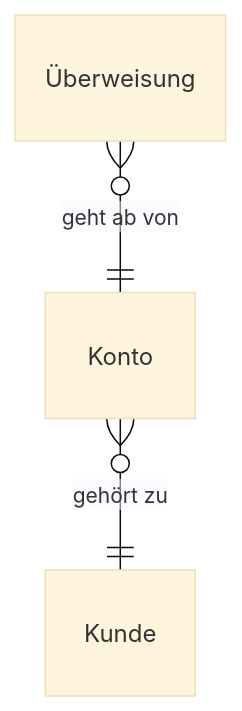
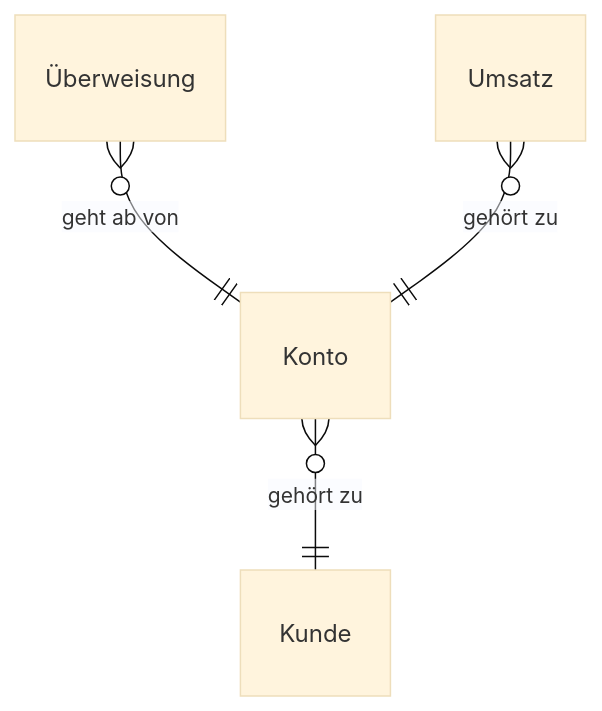
Before and after one commit to dakn85/online-banking: the diagram in docs/entity_model.md, drawn with Mermaid (base theme). The commit also changed other lines of this file and 9 other files, not shown here.

````diff
--- a/docs/entity_model.md
+++ b/docs/entity_model.md
@@ -5,5 +5,6 @@
 ```mermaid
 erDiagram
     Konto }o--|| Kunde : "gehört zu"
-    Überweisung }o--|| Konto : "geht ab von"
+    "Überweisung" }o--|| Konto : "geht ab von"
+    Umsatz }o--|| Konto : "gehört zu"
 ```
````
